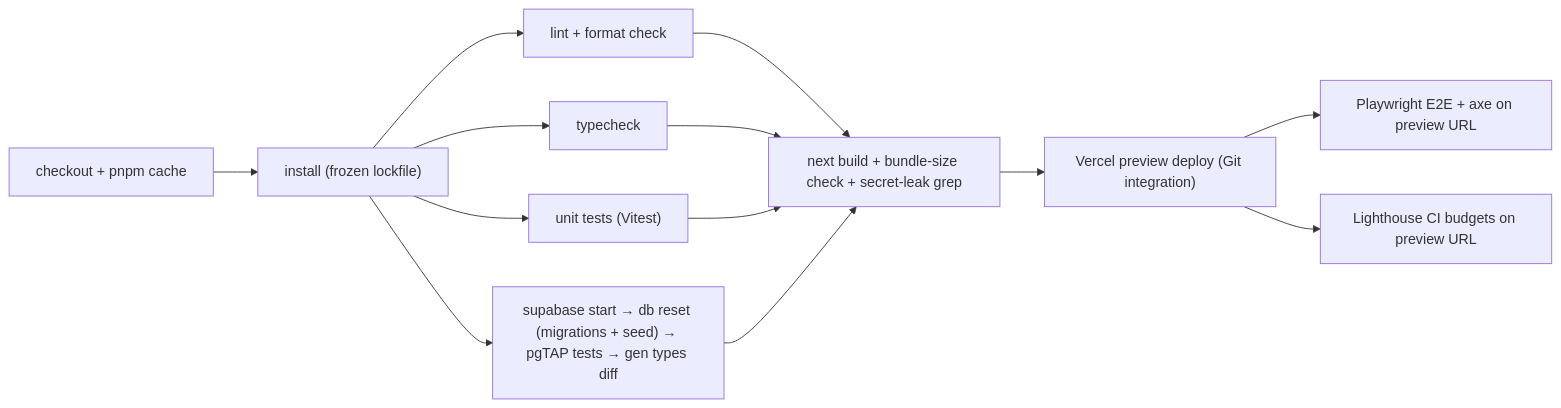
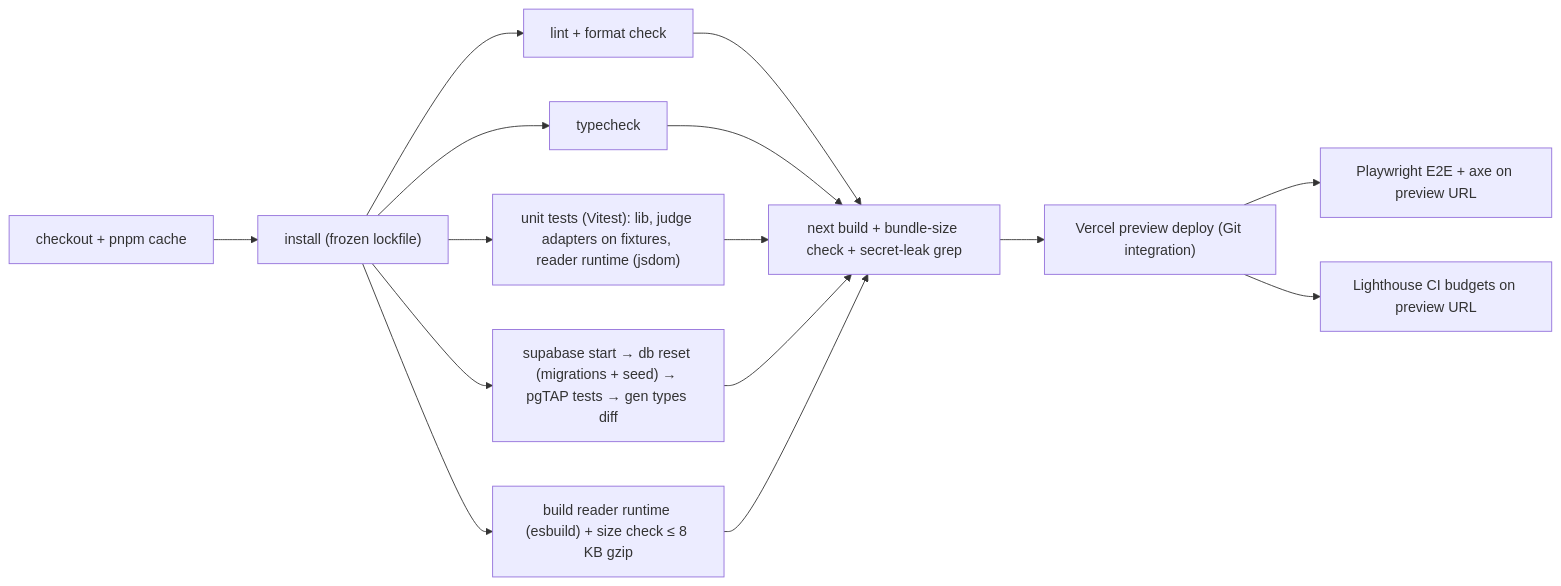
The diagram in docs/14-devops-and-environments.md (eyasir329/portfolio), drawn with Mermaid before and after one commit. The commit also changed other lines of this file and 25 other files, not shown here.

````diff
--- a/docs/14-devops-and-environments.md
+++ b/docs/14-devops-and-environments.md
@@ -41,12 +44,13 @@
 ```mermaid
 flowchart LR
   A["checkout + pnpm cache"] --> B["install (frozen lockfile)"]
   B --> C["lint + format check"]
   B --> D["typecheck"]
-  B --> E["unit tests (Vitest)"]
+  B --> E["unit tests (Vitest): lib, judge adapters on fixtures, reader runtime (jsdom)"]
+  B --> R["build reader runtime (esbuild) + size check ≤ 8 KB gzip"]
   B --> F["supabase start → db reset (migrations + seed) → pgTAP tests → gen types diff"]
-  C & D & E & F --> G["next build + bundle-size check + secret-leak grep"]
+  C & D & E & F & R --> G["next build + bundle-size check + secret-leak grep"]
   G --> H["Vercel preview deploy (Git integration)"]
   H --> I["Playwright E2E + axe on preview URL"]
   H --> J["Lighthouse CI budgets on preview URL"]
 ```
````
